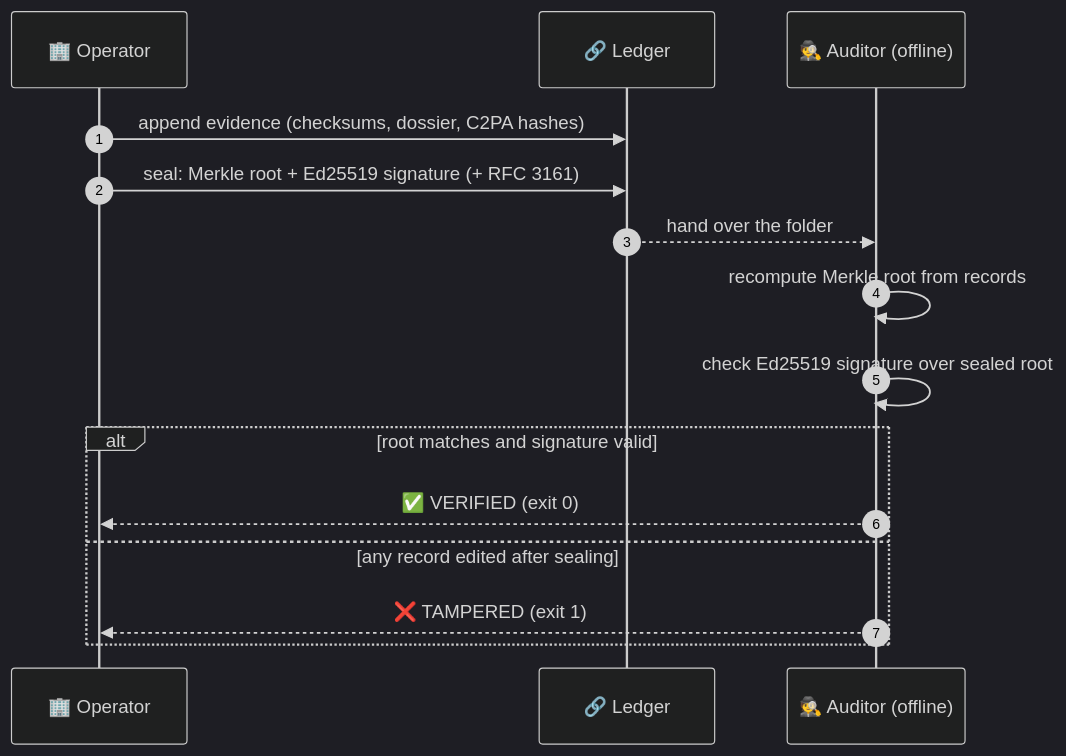
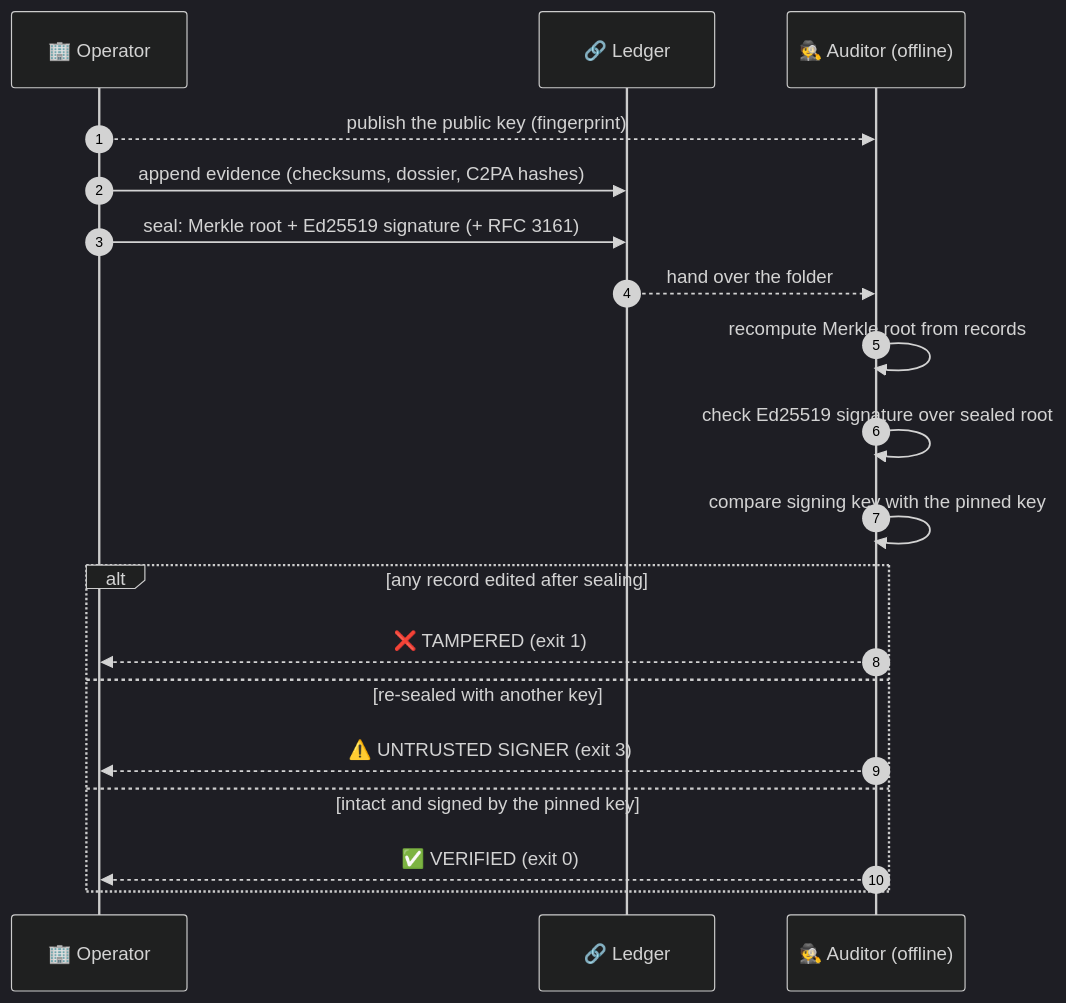
One commit to marcosmatalab/attestor changed the third of 4 diagrams in README.md. Above: the diagram before and after it, drawn with Mermaid (dark theme). The commit also changed other lines of this file and 13 other files, not shown here.

````diff
--- a/README.md
+++ b/README.md
@@ -238,17 +241,21 @@
 ```mermaid
 sequenceDiagram
     autonumber
     participant O as 🏢 Operator
     participant L as 🔗 Ledger
     participant A as 🕵️ Auditor (offline)
+    O-->>A: publish the public key (fingerprint)
     O->>L: append evidence (checksums, dossier, C2PA hashes)
     O->>L: seal: Merkle root + Ed25519 signature (+ RFC 3161)
     L-->>A: hand over the folder
     A->>A: recompute Merkle root from records
     A->>A: check Ed25519 signature over sealed root
-    alt root matches and signature valid
+    A->>A: compare signing key with the pinned key
+    alt any record edited after sealing
+        A-->>O: ❌ TAMPERED (exit 1)
+    else re-sealed with another key
+        A-->>O: ⚠️ UNTRUSTED SIGNER (exit 3)
+    else intact and signed by the pinned key
         A-->>O: ✅ VERIFIED (exit 0)
-    else any record edited after sealing
-        A-->>O: ❌ TAMPERED (exit 1)
     end
 ```
````
